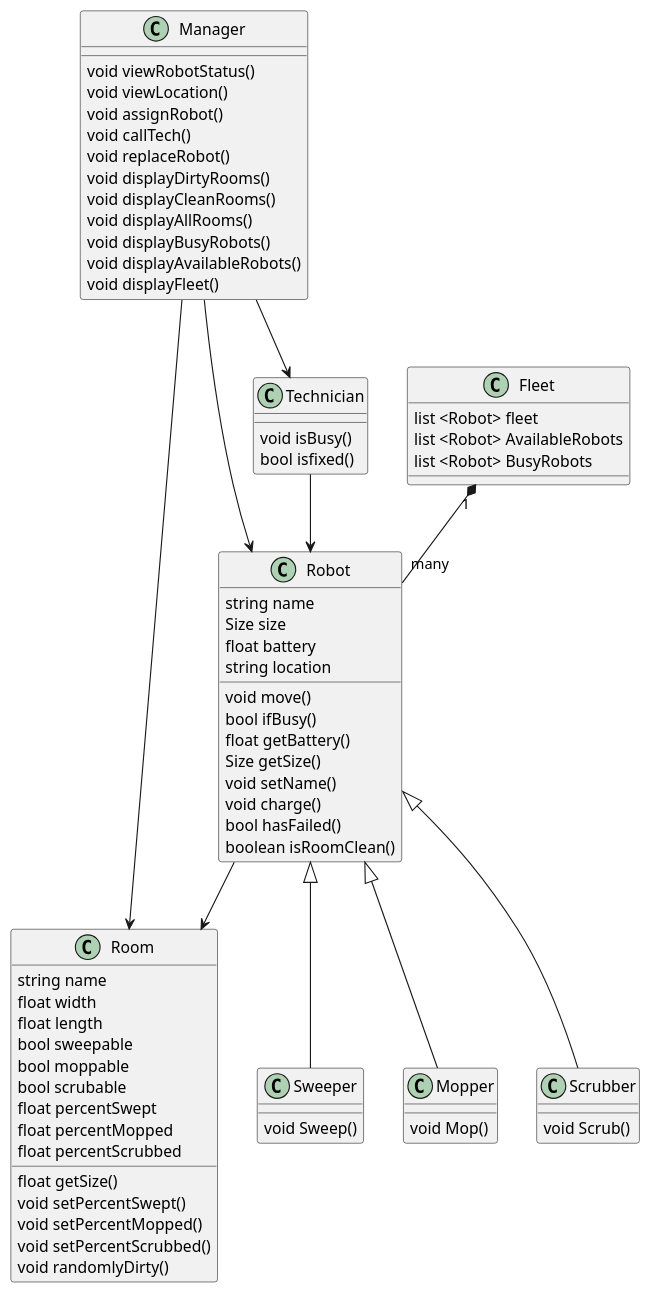
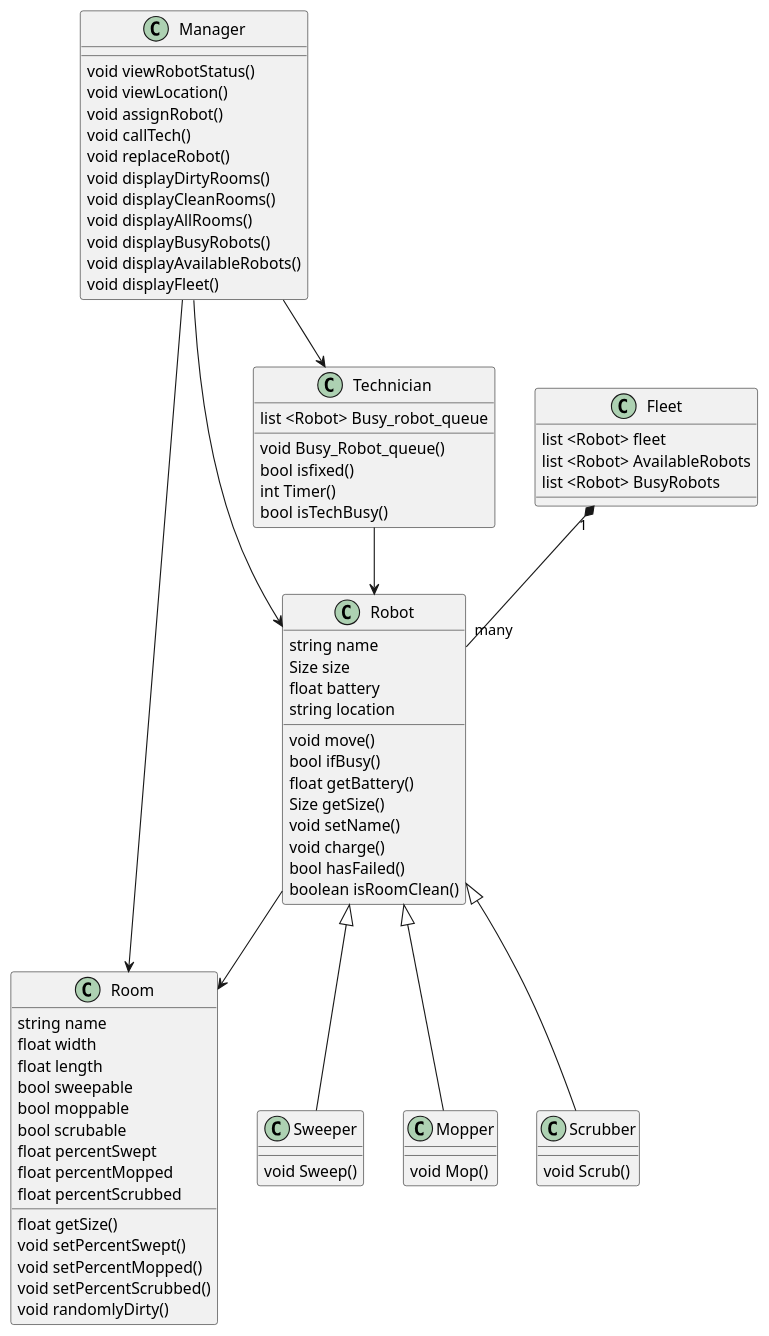
The diagram in docs/design/classdiagram/ClassDiagram.puml (ur-cs-courses/course-project-catch-up), drawn with PlantUML before and after one commit. The commit also changed 1 other file, not shown here.

Commit message:
done with sequance diagrame for manager Tech and robot - edited the UML class diagram to include new functionality for Technicien

```diff
--- a/docs/design/classdiagram/ClassDiagram.puml
+++ b/docs/design/classdiagram/ClassDiagram.puml
@@ -1,96 +1,99 @@
 @startuml Class Diagram
 
 'Manager uses Room
 Manager --> Room
 'Manager uses Robot
 Manager --> Robot
 'Manager uses Technician
 Manager --> Technician
 
 'Sweeper is a Robot
 Robot <|-- Sweeper
 'Mopper is a Robot
 Robot <|-- Mopper
 'Scrubber is a Robot
 Robot <|-- Scrubber
 'Technician uses Robot
 Technician --> Robot
 'Robot uses Room
 Robot --> Room
 'One Fleet contains many robots
 Fleet "1" *-- "many" Robot
 
 
 class Manager
 Manager : void viewRobotStatus()
 Manager : void viewLocation()
 Manager : void assignRobot()
 Manager : void callTech()
 Manager : void replaceRobot()
 Manager : void displayDirtyRooms()
 Manager : void displayCleanRooms()
 Manager : void displayAllRooms()
 Manager : void displayBusyRobots()
 Manager : void displayAvailableRobots()
 Manager : void displayFleet()
 
 class Room{
 string name
 float width
 float length
 bool sweepable
 bool moppable
 bool scrubable
 float percentSwept
 float percentMopped
 float percentScrubbed
 
 float getSize()
 void setPercentSwept()
 void setPercentMopped()
 void setPercentScrubbed()
 void randomlyDirty()
 }
 
 class Robot{
 string name
 Size size
 float battery 
 string location
 
 void move()
 bool ifBusy()
 float getBattery()
 Size getSize()
 void setName()
 void charge()
 bool hasFailed()
 boolean isRoomClean()
 }
 
 class Fleet{
       list <Robot> fleet
       list <Robot> AvailableRobots
       list <Robot> BusyRobots
 
 }
 
 class Technician{
-    void isBusy()
+    void Busy_Robot_queue() 
     bool isfixed()
+    int Timer()
+    bool isTechBusy()
+    list <Robot> Busy_robot_queue
 
 }
 
 class Sweeper{
     void Sweep()
 }
 
 class Scrubber{
     void Scrub()
 }
 
 class Mopper{
     void Mop()
 }
 
 @enduml
```
